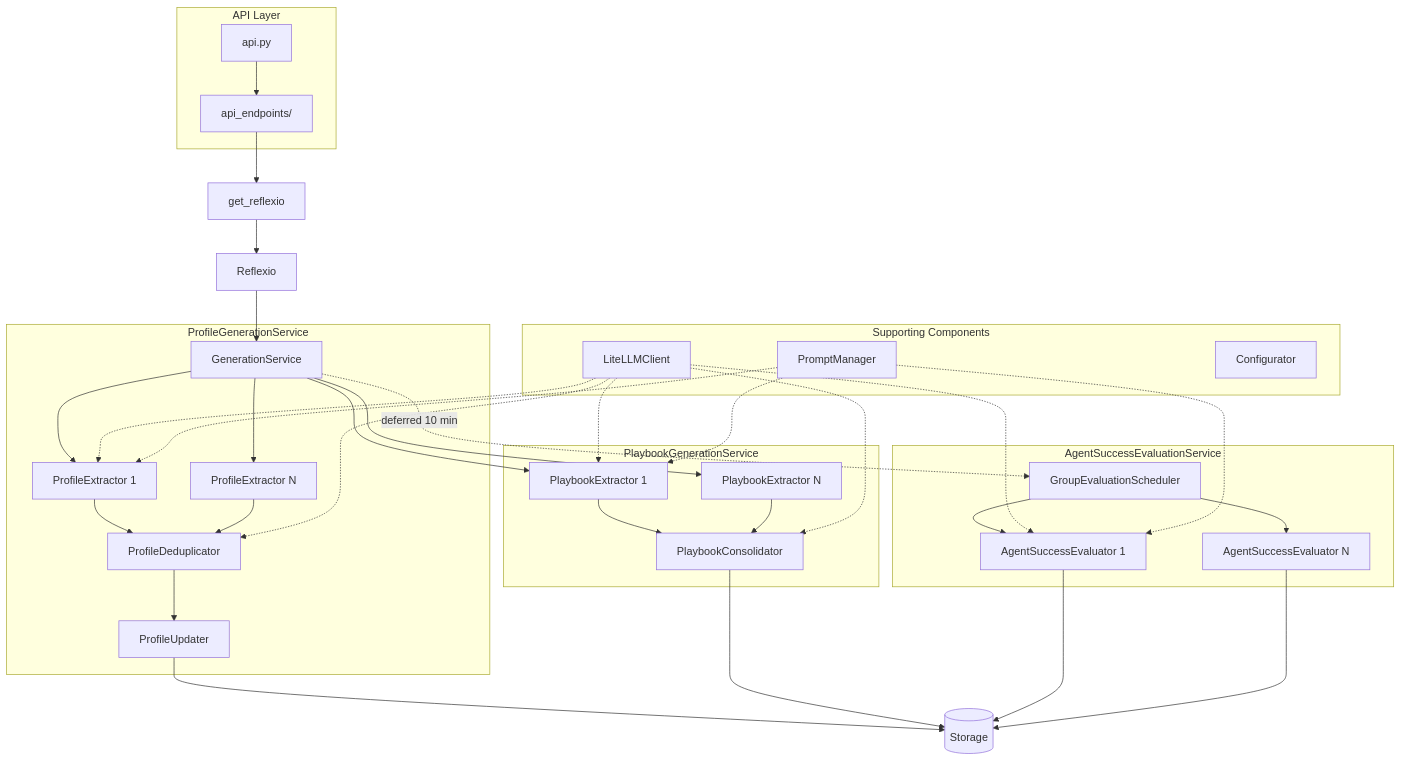
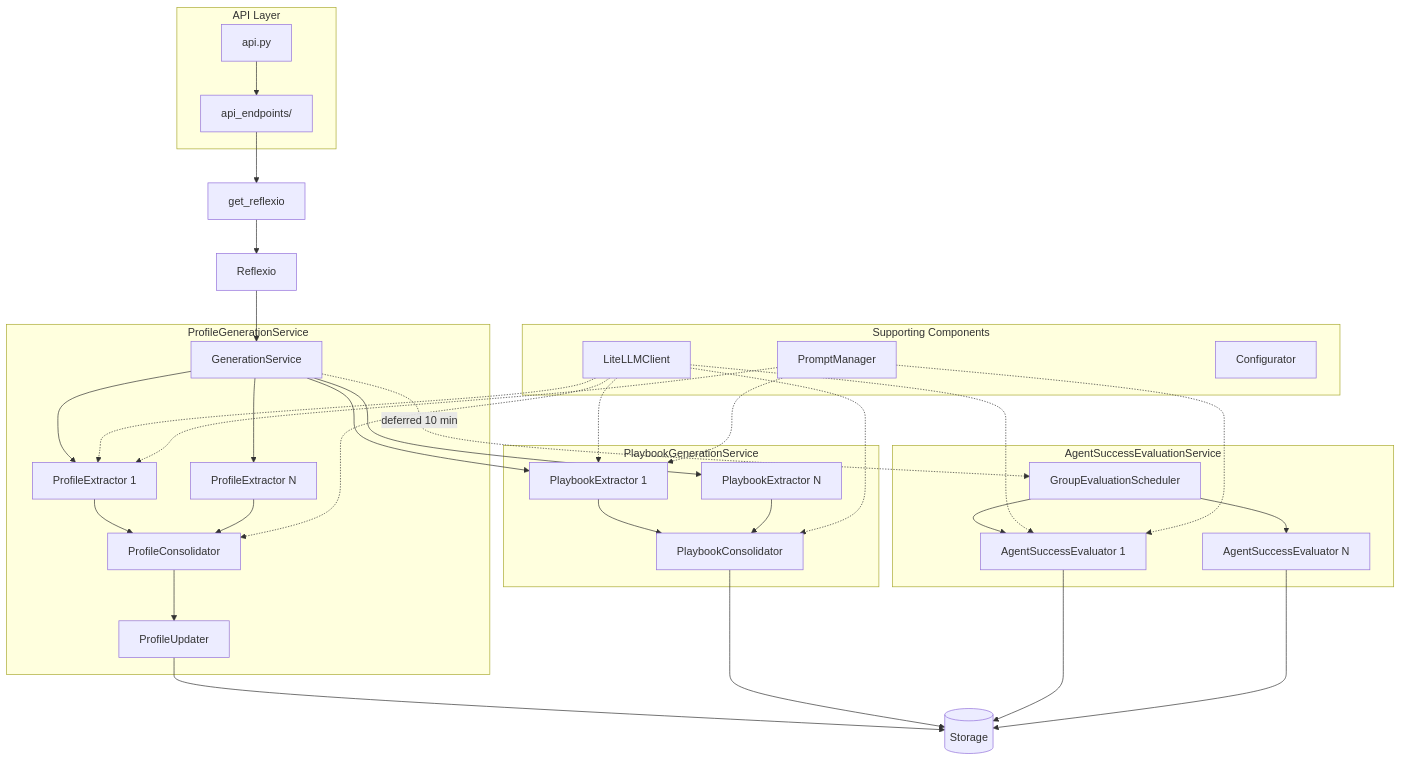
The diagram in reflexio/server/README.md (ReflexioAI/reflexio-zendesk), drawn with Mermaid before and after one commit. The commit also changed other lines of this file and 12 other files, not shown here.

First line of the commit message:
refactor(profile): use consolidator module layout (#233)

````diff
--- a/reflexio/server/README.md
+++ b/reflexio/server/README.md
@@ -532,51 +532,51 @@
 ```mermaid
 flowchart TB
     subgraph API["API Layer"]
         A[api.py] --> B[api_endpoints/]
     end
 
     B --> C[get_reflexio]
     C --> D[Reflexio]
     D --> E[GenerationService]
 
     subgraph ProfileService["ProfileGenerationService"]
         E --> F1[ProfileExtractor 1]
         E --> F2[ProfileExtractor N]
-        F1 --> PD[ProfileDeduplicator]
-        F2 --> PD
-        PD --> PU[ProfileUpdater]
+        F1 --> PC[ProfileConsolidator]
+        F2 --> PC
+        PC --> PU[ProfileUpdater]
     end
 
     subgraph PlaybookService["PlaybookGenerationService"]
         E --> G1[PlaybookExtractor 1]
         E --> G2[PlaybookExtractor N]
         G1 --> FD[PlaybookConsolidator]
         G2 --> FD
     end
 
     subgraph EvalService["AgentSuccessEvaluationService"]
         E -.->|deferred 10 min| SCH[GroupEvaluationScheduler]
         SCH --> H1[AgentSuccessEvaluator 1]
         SCH --> H2[AgentSuccessEvaluator N]
     end
 
     PU --> I[(Storage)]
     FD --> I
     H1 --> I
     H2 --> I
 
     subgraph Support["Supporting Components"]
         J[LiteLLMClient]
         K[PromptManager]
         L[Configurator]
     end
 
     J -.-> F1
     J -.-> G1
     J -.-> H1
-    J -.-> PD
+    J -.-> PC
     J -.-> FD
     K -.-> F1
     K -.-> G1
     K -.-> H1
 ```
````
